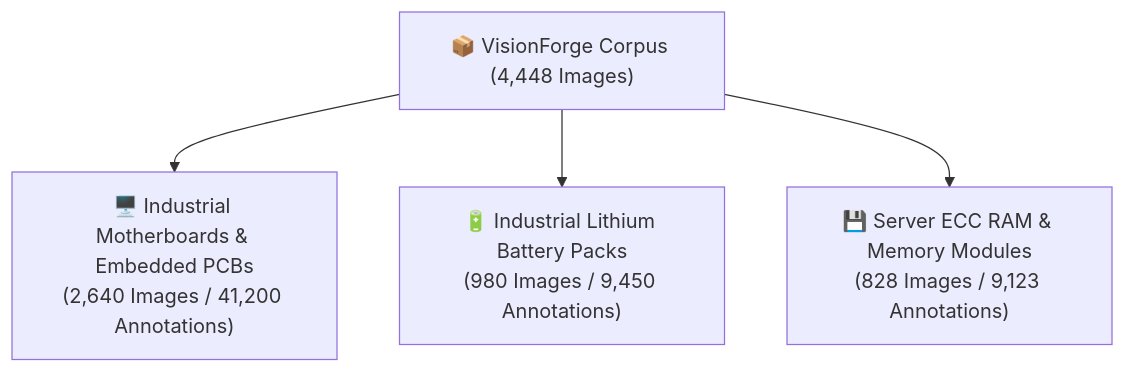
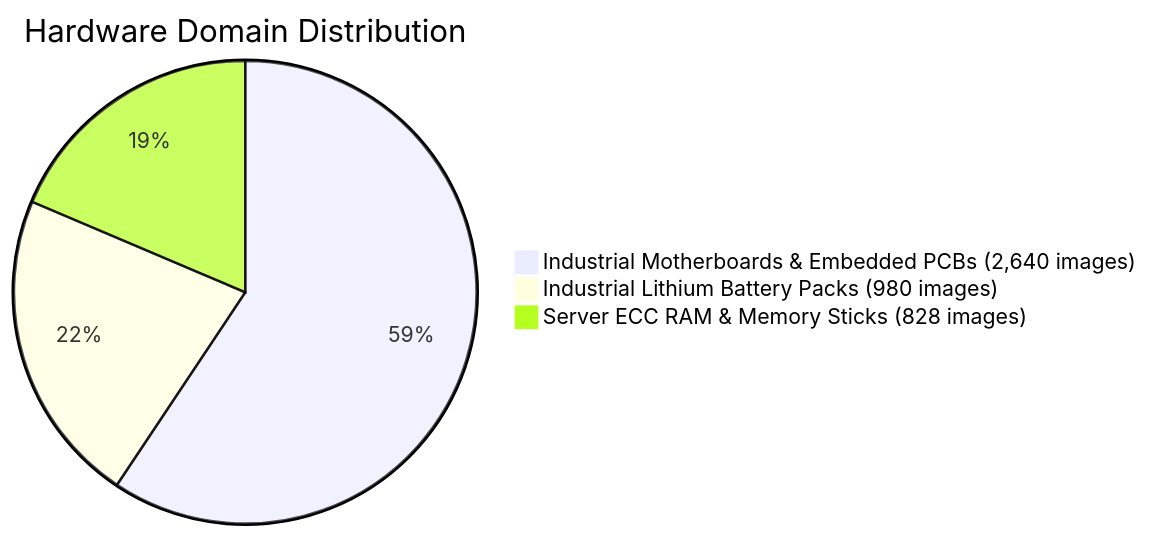
The first of 3 diagrams in docs/DATASET.md (Disha-1610/VisionForge), drawn with Mermaid before and after one commit. The commit also changed other lines of this file and 13 other files, not shown here.

````diff
--- a/docs/DATASET.md
+++ b/docs/DATASET.md
@@ -44,8 +60,6 @@
 ```mermaid
-graph TD
-    Corpus["📦 VisionForge Corpus (4,448 Images)"]
-    
-    Corpus --> Cat1["🖥️ Industrial Motherboards & Embedded PCBs<br/>(2,640 Images / 41,200 Annotations)"]
-    Corpus --> Cat2["🔋 Industrial Lithium Battery Packs<br/>(980 Images / 9,450 Annotations)"]
-    Corpus --> Cat3["💾 Server ECC RAM & Memory Modules<br/>(828 Images / 9,123 Annotations)"]
+pie title Hardware Domain Distribution
+    "Industrial Motherboards & Embedded PCBs (2,640 images)" : 2640
+    "Industrial Lithium Battery Packs (980 images)" : 980
+    "Server ECC RAM & Memory Sticks (828 images)" : 828
 ```
````
